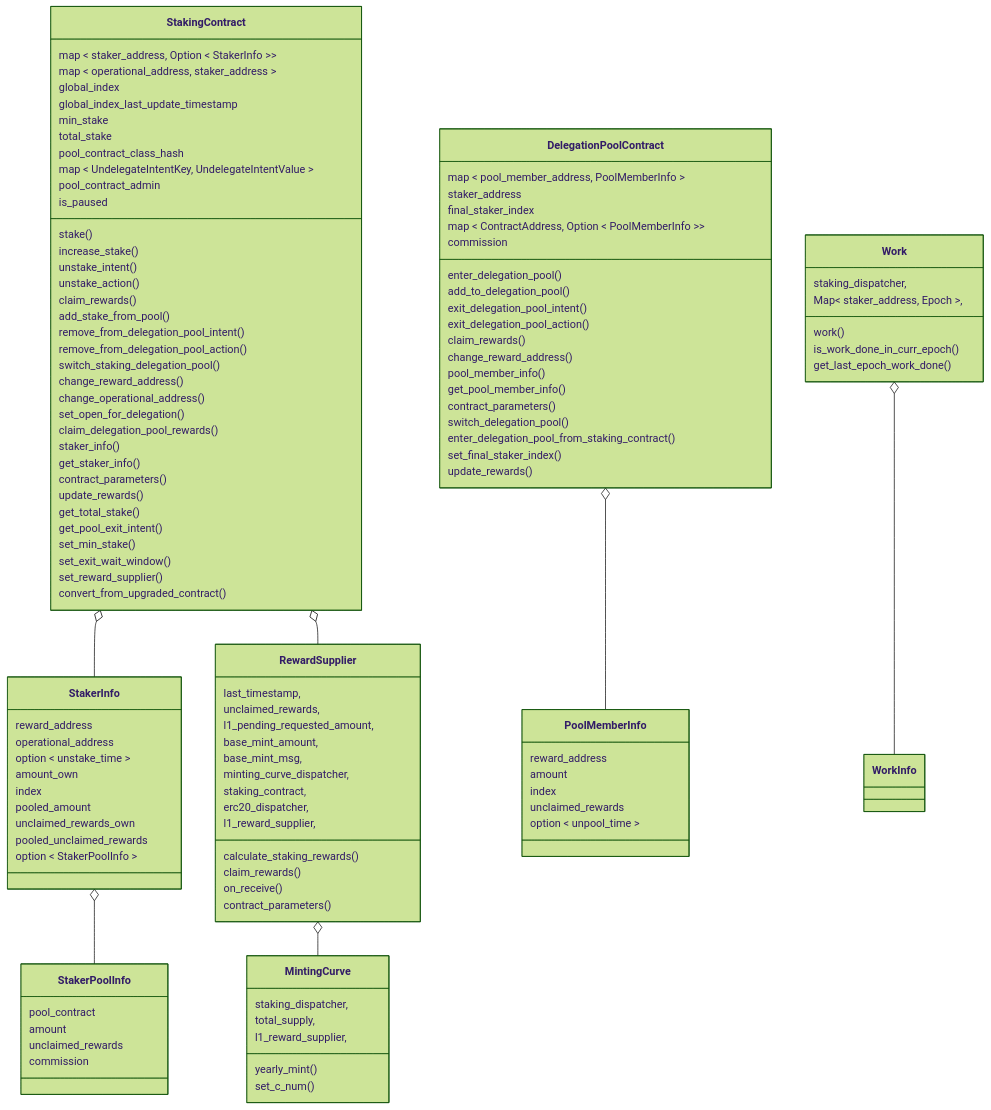
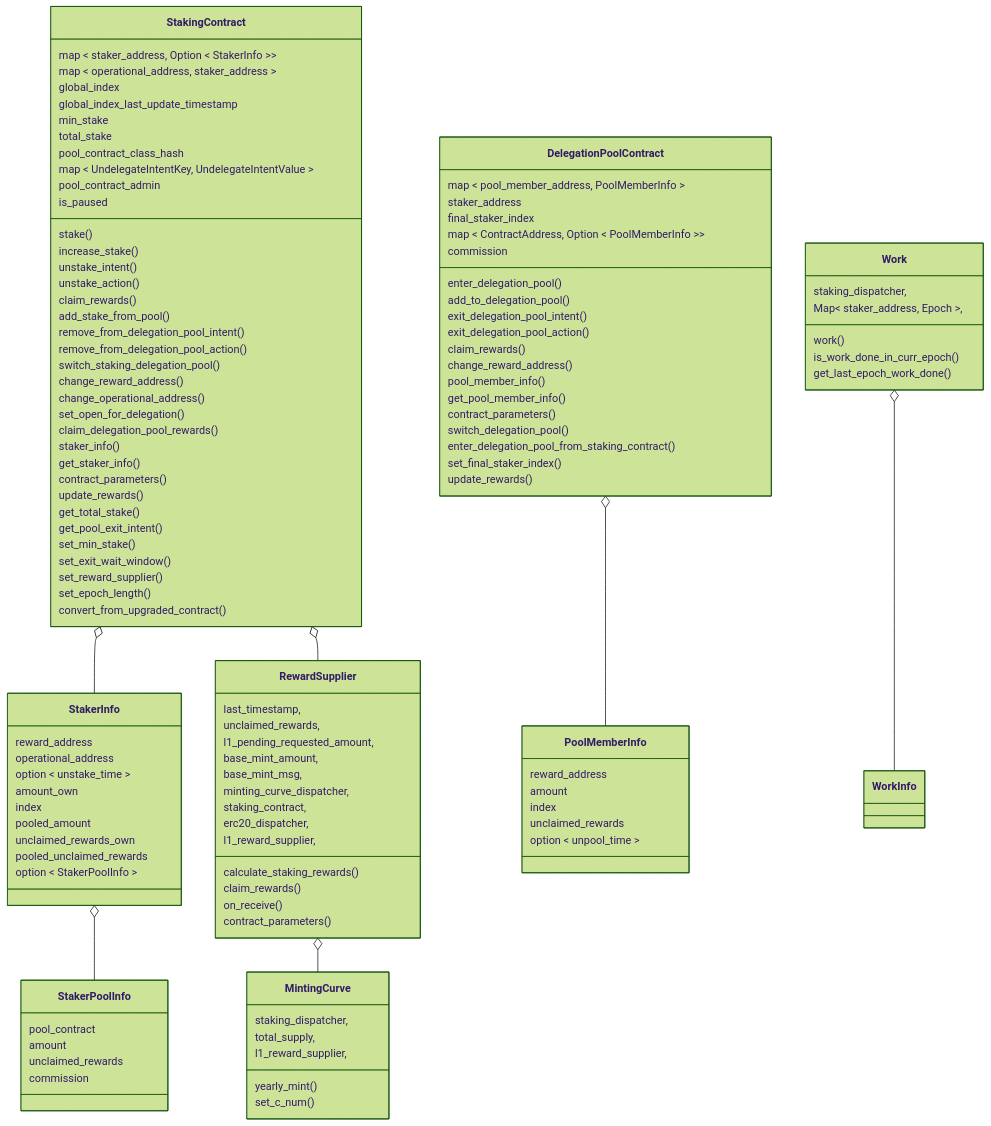
One commit to starkware-libs/starknet-staking changed the first of 8 diagrams in workspace/apps/staking/docs/spec.md. Above: the diagram before and after it, drawn with Mermaid (forest theme). The commit also changed other lines of this file and 8 other files, not shown here.

```diff
--- a/workspace/apps/staking/docs/spec.md
+++ b/workspace/apps/staking/docs/spec.md
@@ -216,6 +217,7 @@
     set_min_stake()
     set_exit_wait_window()
     set_reward_supplier()
+    set_epoch_length()
     convert_from_upgraded_contract()
   }
   class DelegationPoolContract{
```
